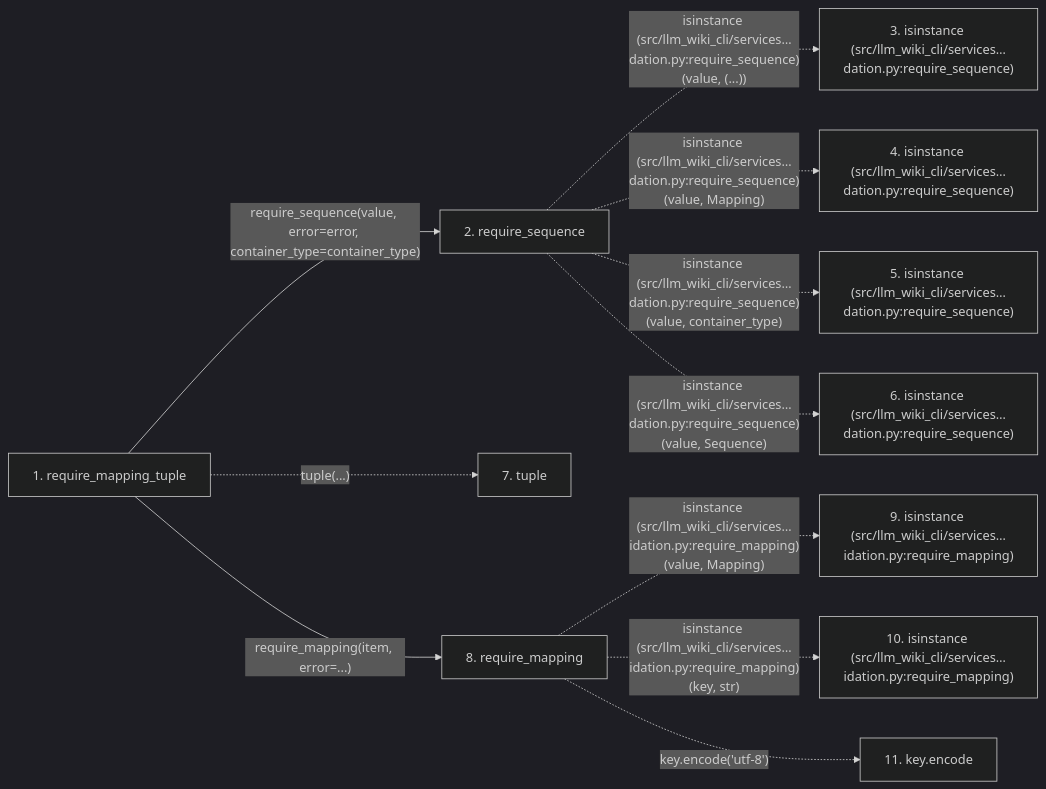
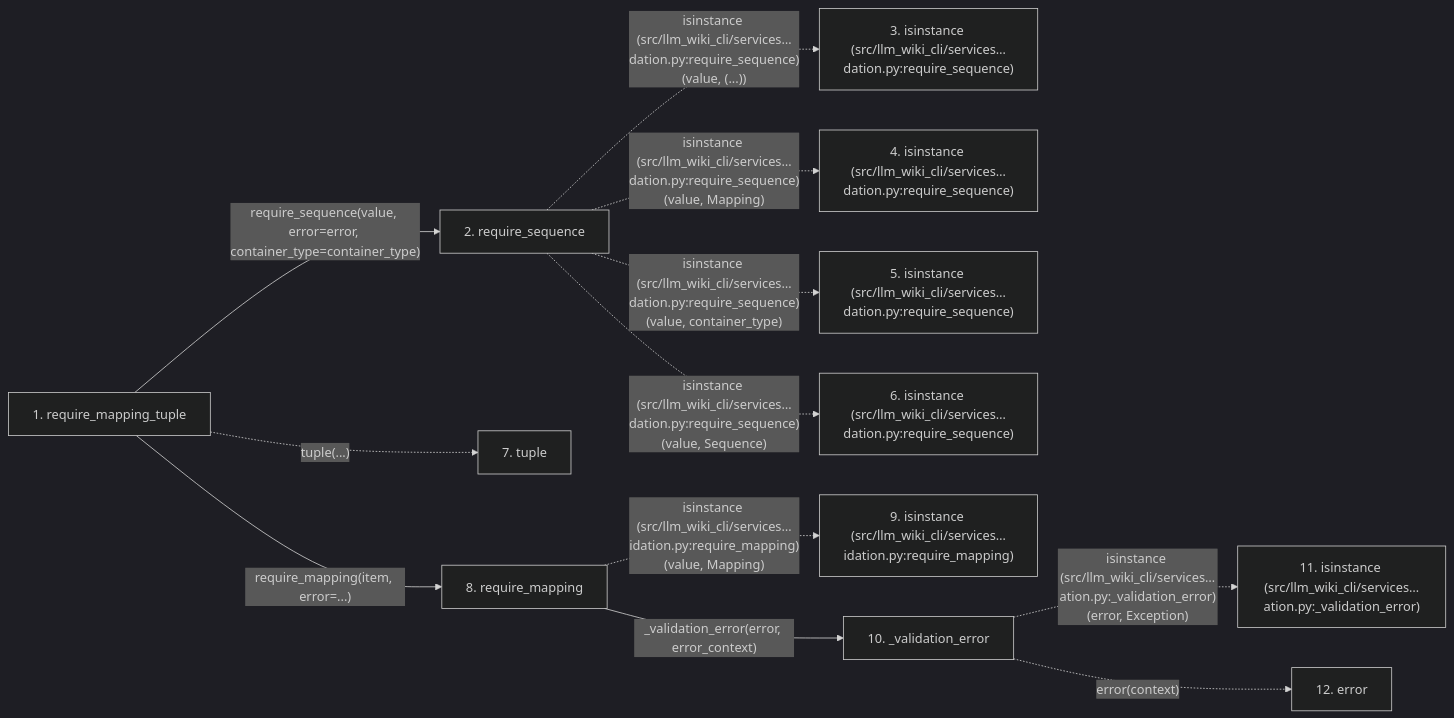
Before and after one commit to Denissvgn/python-wiki-llm: the second of 2 diagrams in docs/llm_wiki/flows/api-require_mapping_tuple.md, drawn with Mermaid (dark theme). The commit also changed other lines of this file and 627 other files, not shown here.

````diff
--- a/docs/llm_wiki/flows/api-require_mapping_tuple.md
+++ b/docs/llm_wiki/flows/api-require_mapping_tuple.md
@@ -50,27 +58,30 @@
 ```mermaid
 flowchart LR
     s1["1. require_mapping_tuple"]
     s2["2. require_sequence"]
     s3["3. isinstance (src/llm_wiki_cli/services…dation.py:require_sequence)"]
     s4["4. isinstance (src/llm_wiki_cli/services…dation.py:require_sequence)"]
     s5["5. isinstance (src/llm_wiki_cli/services…dation.py:require_sequence)"]
     s6["6. isinstance (src/llm_wiki_cli/services…dation.py:require_sequence)"]
     s7["7. tuple"]
     s8["8. require_mapping"]
     s9["9. isinstance (src/llm_wiki_cli/services…idation.py:require_mapping)"]
-    s10["10. isinstance (src/llm_wiki_cli/services…idation.py:require_mapping)"]
-    s11["11. key.encode"]
+    s10["10. _validation_error"]
+    s11["11. isinstance (src/llm_wiki_cli/services…ation.py:_validation_error)"]
+    s12["12. error"]
     s1 -->|"require_sequence(value, error=error, container_type=container_type)"| s2
     s2 -. "isinstance (src/llm_wiki_cli/services…dation.py:require_sequence)(value, (...))" .-> s3
     s2 -. "isinstance (src/llm_wiki_cli/services…dation.py:require_sequence)(value, Mapping)" .-> s4
     s2 -. "isinstance (src/llm_wiki_cli/services…dation.py:require_sequence)(value, container_type)" .-> s5
     s2 -. "isinstance (src/llm_wiki_cli/services…dation.py:require_sequence)(value, Sequence)" .-> s6
     s1 -. "tuple(...)" .-> s7
     s1 -->|"require_mapping(item, error=...)"| s8
     s8 -. "isinstance (src/llm_wiki_cli/services…idation.py:require_mapping)(value, Mapping)" .-> s9
-    s8 -. "isinstance (src/llm_wiki_cli/services…idation.py:require_mapping)(key, str)" .-> s10
-    s8 -. "key.encode('utf-8')" .-> s11
+    s8 -->|"_validation_error(error, error_context)"| s10
+    s10 -. "isinstance (src/llm_wiki_cli/services…ation.py:_validation_error)(error, Exception)" .-> s11
+    s10 -. "error(context)" .-> s12
     click s1 "../modules/validation.md"
     click s2 "../modules/validation.md"
     click s8 "../modules/validation.md"
+    click s10 "../modules/validation.md"
 ```
````
